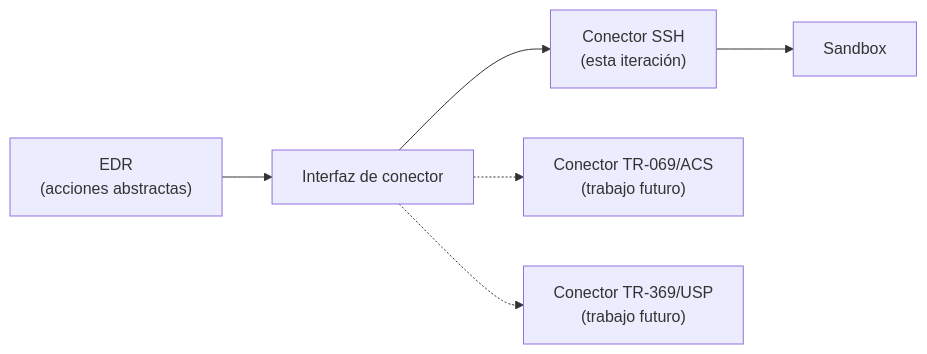
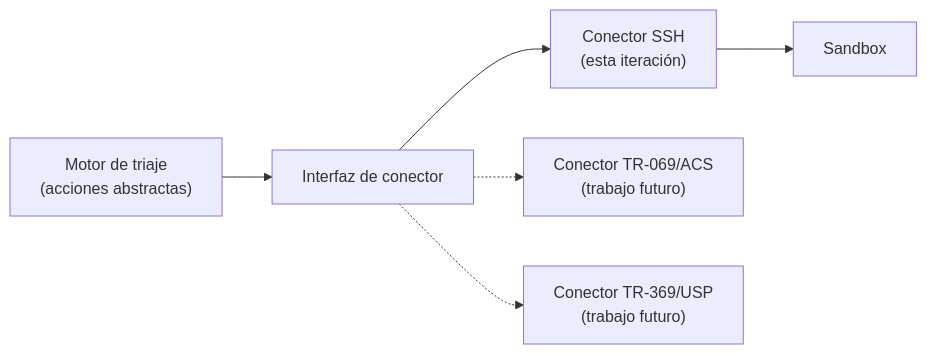
Before and after one commit to vBlanyer/domotai-pasantia: the diagram in documentacion/04-fase4-diseno-de-arquitectura/protocolos-comunicacion-sandbox.md, drawn with Mermaid. The commit also changed other lines of this file and 11 other files, not shown here.

````diff
--- a/documentacion/04-fase4-diseno-de-arquitectura/protocolos-comunicacion-sandbox.md
+++ b/documentacion/04-fase4-diseno-de-arquitectura/protocolos-comunicacion-sandbox.md
@@ -80,8 +80,8 @@
 ```mermaid
 flowchart LR
-    EDR["EDR<br/>(acciones abstractas)"] --> INT["Interfaz de conector"]
+    TRI["Motor de triaje<br/>(acciones abstractas)"] --> INT["Interfaz de conector"]
     INT --> SSH["Conector SSH<br/>(esta iteración)"]
     INT -.-> ACS["Conector TR-069/ACS<br/>(trabajo futuro)"]
     INT -.-> USP["Conector TR-369/USP<br/>(trabajo futuro)"]
     SSH --> SBX["Sandbox"]
 ```
````
